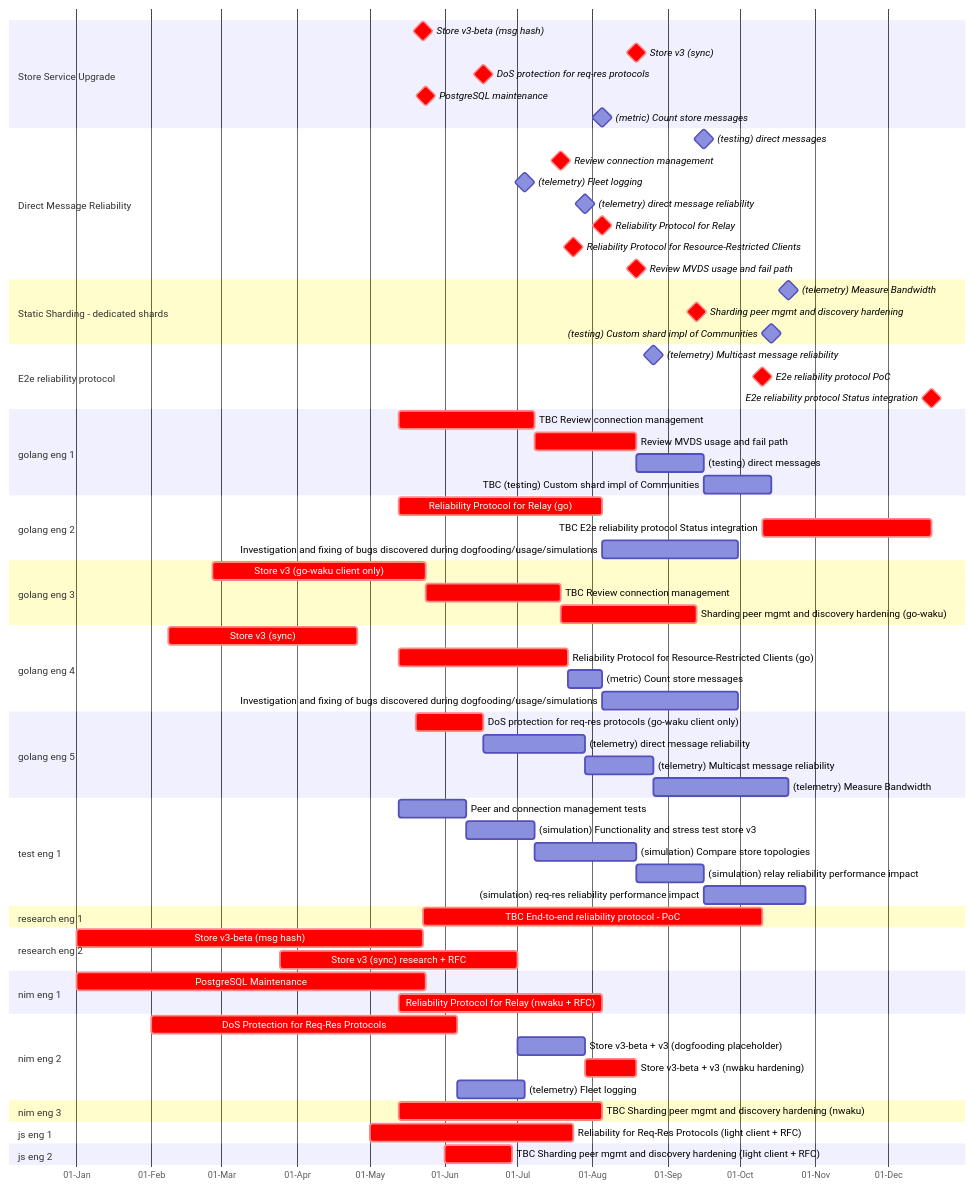
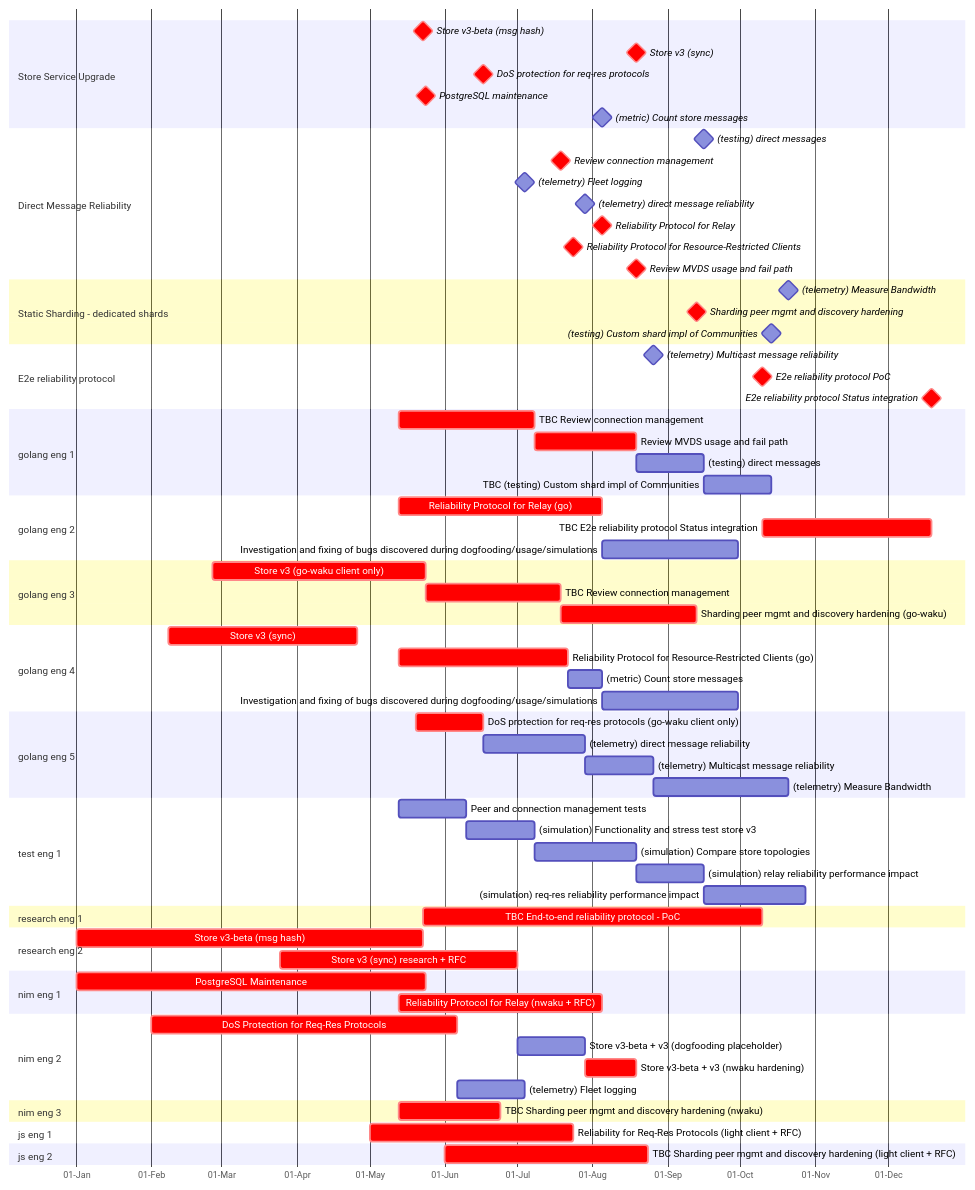
One commit to logos-co/roadmap changed the diagram in content/waku/2024-gantt.md. Above: the diagram before and after it, drawn with Mermaid.

Commit message:
Fixing estimates

````diff
--- a/content/waku/2024-gantt.md
+++ b/content/waku/2024-gantt.md
@@ -95,10 +95,10 @@
         (telemetry) Fleet logging: telem-fleet-logging, after dosreqresn, 4w
     section nim eng 3
         %% TBC estimate/end
-        TBC Sharding peer mgmt and discovery hardening (nwaku): crit, sh-peer-mgmt-n, 2024-05-13, 12w
+        TBC Sharding peer mgmt and discovery hardening (nwaku): crit, sh-peer-mgmt-n, 2024-05-13, 6w
     section js eng 1
         Reliability for Req-Res Protocols (light client + RFC): crit, rel-reqres-j, 2024-05-01, 12w
     section js eng 2
         %% TBC scope
-        TBC Sharding peer mgmt and discovery hardening (light client + RFC): crit, sh-peer-mgmt-j, 2024-06-01, 4w
+        TBC Sharding peer mgmt and discovery hardening (light client + RFC): crit, sh-peer-mgmt-j, 2024-06-01, 12w
 ```
````
